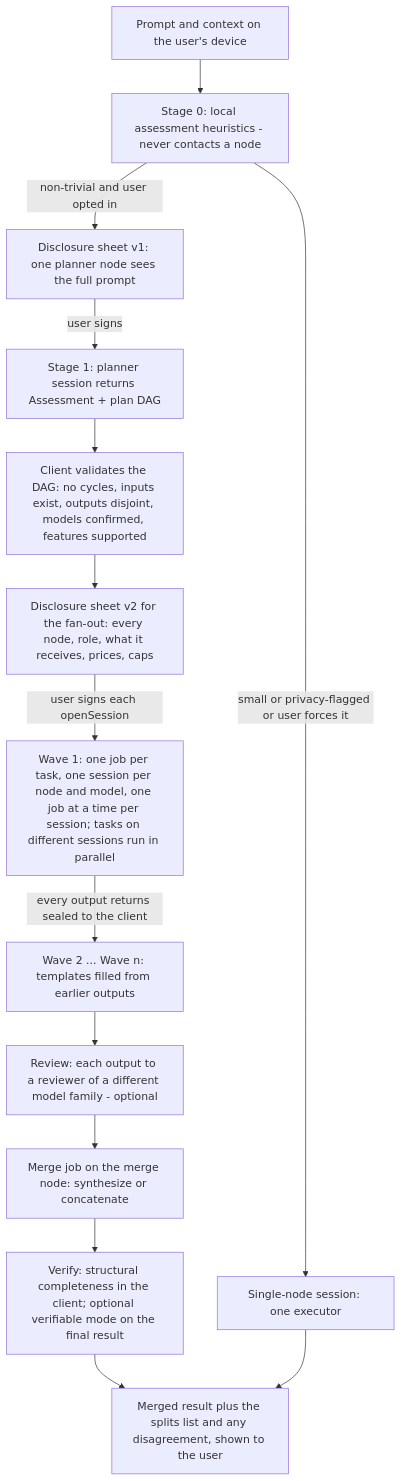
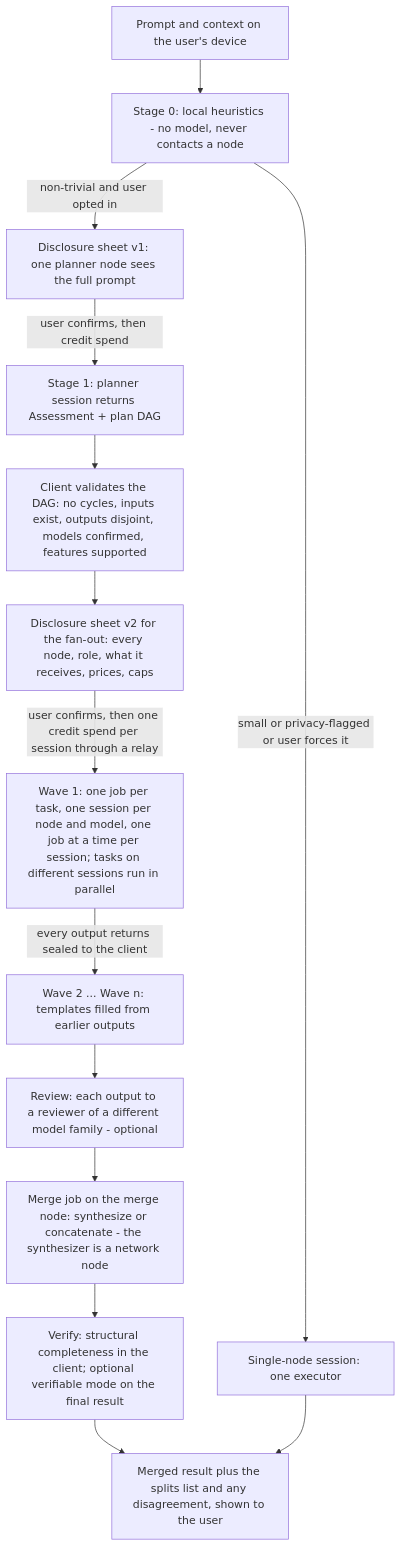
One commit to Comuns-ai/comuns changed the first of 2 diagrams in docs/protocol/orchestration.md. Above: the diagram before and after it, drawn with Mermaid. The commit also changed other lines of this file and 43 other files, not shown here.

````diff
--- a/docs/protocol/orchestration.md
+++ b/docs/protocol/orchestration.md
@@ -37,16 +37,16 @@
 ```mermaid
 flowchart TD
-    P[Prompt and context on the user's device] --> A0[Stage 0: local assessment heuristics - never contacts a node]
+    P[Prompt and context on the user's device] --> A0[Stage 0: local heuristics - no model, never contacts a node]
     A0 -->|small or privacy-flagged or user forces it| S[Single-node session: one executor]
     A0 -->|non-trivial and user opted in| D1[Disclosure sheet v1: one planner node sees the full prompt]
-    D1 -->|user signs| A1[Stage 1: planner session returns Assessment + plan DAG]
+    D1 -->|user confirms, then credit spend| A1[Stage 1: planner session returns Assessment + plan DAG]
     A1 --> V[Client validates the DAG: no cycles, inputs exist, outputs disjoint, models confirmed, features supported]
     V --> D2[Disclosure sheet v2 for the fan-out: every node, role, what it receives, prices, caps]
-    D2 -->|user signs each openSession| W1[Wave 1: one job per task, one session per node and model, one job at a time per session; tasks on different sessions run in parallel]
+    D2 -->|user confirms, then one credit spend per session through a relay| W1[Wave 1: one job per task, one session per node and model, one job at a time per session; tasks on different sessions run in parallel]
     W1 -->|every output returns sealed to the client| W2[Wave 2 ... Wave n: templates filled from earlier outputs]
     W2 --> R[Review: each output to a reviewer of a different model family - optional]
-    R --> M[Merge job on the merge node: synthesize or concatenate]
+    R --> M[Merge job on the merge node: synthesize or concatenate - the synthesizer is a network node]
     M --> VF[Verify: structural completeness in the client; optional verifiable mode on the final result]
     VF --> U[Merged result plus the splits list and any disagreement, shown to the user]
     S --> U
 ```
````
